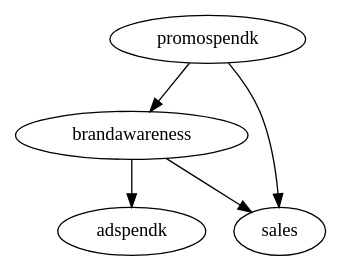
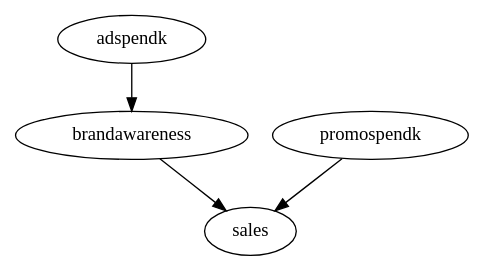
The diagram in recidivism-causal/results/graphs_ReX/rex__marketing_sem.dot (wigglypint/thesis), drawn with Graphviz before and after one commit. The commit also changed 1179 other files, not shown here.

```diff
--- a/recidivism-causal/results/graphs_ReX/rex__marketing_sem.dot
+++ b/recidivism-causal/results/graphs_ReX/rex__marketing_sem.dot
@@ -1,10 +1,9 @@
 strict digraph {
+adspendk;
 promospendk;
+sales;
 brandawareness;
-adspendk;
-sales;
-promospendk -> brandawareness;
+adspendk -> brandawareness;
 promospendk -> sales;
-brandawareness -> adspendk;
 brandawareness -> sales;
 }
```
